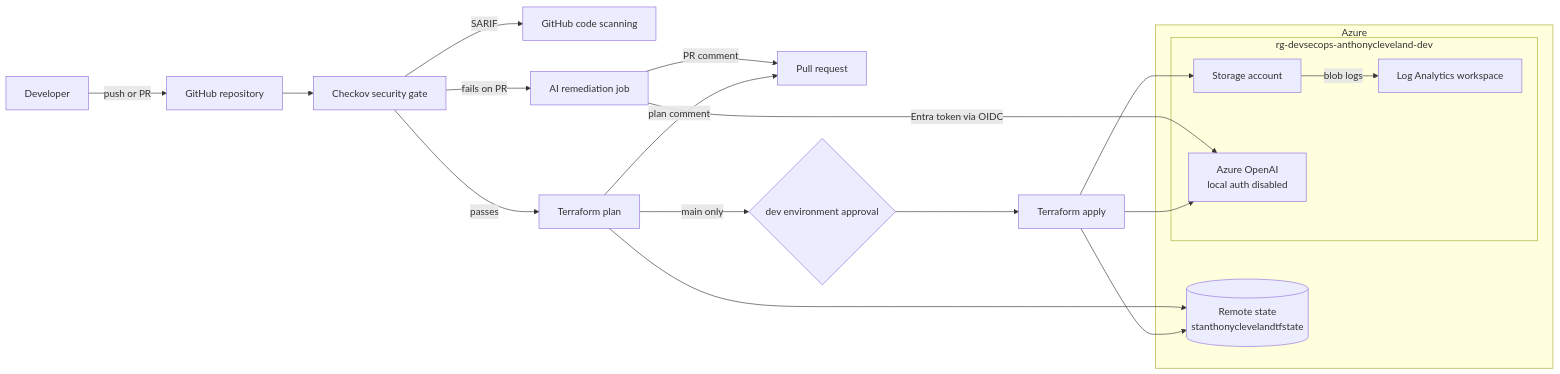
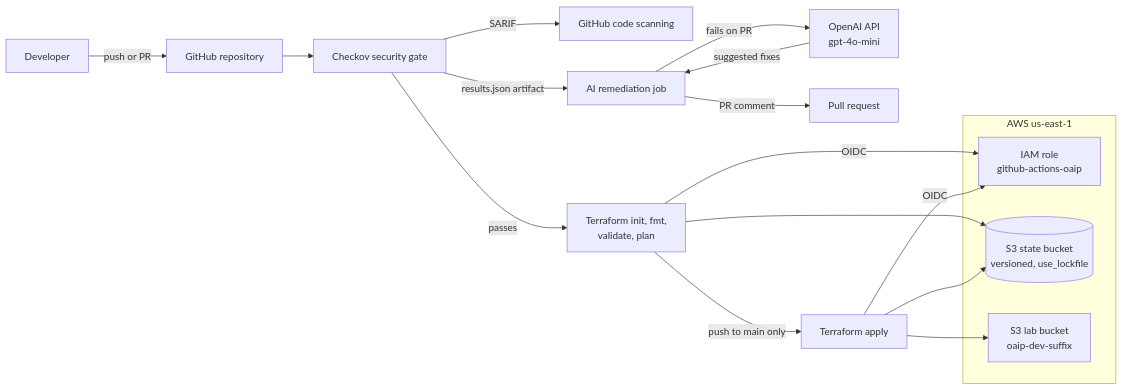
The diagram in README.md (clevelandjosiah/Open-Ai-Pipeline), drawn with Mermaid before and after one commit. The commit also changed other lines of this file, not shown here.

First line of the commit message:
Migrate README from Azure to AWS DevSecOps pipeline

````diff
--- a/README.md
+++ b/README.md
@@ -33,28 +33,24 @@
 ```mermaid
 flowchart LR
     dev[Developer] -->|push or PR| gh[GitHub repository]
     gh --> scan[Checkov security gate]
     scan -->|SARIF| cs[GitHub code scanning]
-    scan -->|fails on PR| ai[AI remediation job]
+    scan -->|results.json artifact| ai[AI remediation job]
+    ai -->|fails on PR| oai[OpenAI API<br/>gpt-4o-mini]
+    oai -->|suggested fixes| ai
     ai -->|PR comment| pr[Pull request]
-    scan -->|passes| plan[Terraform plan]
-    plan -->|plan comment| pr
-    plan -->|main only| approve{dev environment approval}
-    approve --> apply[Terraform apply]
+    scan -->|passes| plan[Terraform init, fmt,<br/>validate, plan]
+    plan -->|push to main only| apply[Terraform apply]
 
-    subgraph Azure
-        state[(Remote state<br/>stanthonyclevelandtfstate)]
-        subgraph rg[rg-devsecops-anthonycleveland-dev]
-            st[Storage account]
-            law[Log Analytics workspace]
-            aoai[Azure OpenAI<br/>local auth disabled]
-        end
+    subgraph AWS[AWS us-east-1]
+        role[IAM role<br/>github-actions-oaip]
+        state[(S3 state bucket<br/>versioned, use_lockfile)]
+        lab[S3 lab bucket<br/>oaip-dev-suffix]
     end
 
-    ai -->|Entra token via OIDC| aoai
+    plan -->|OIDC| role
+    apply -->|OIDC| role
     plan --> state
     apply --> state
-    apply --> st
-    apply --> aoai
-    st -->|blob logs| law
+    apply --> lab
 ```
````
